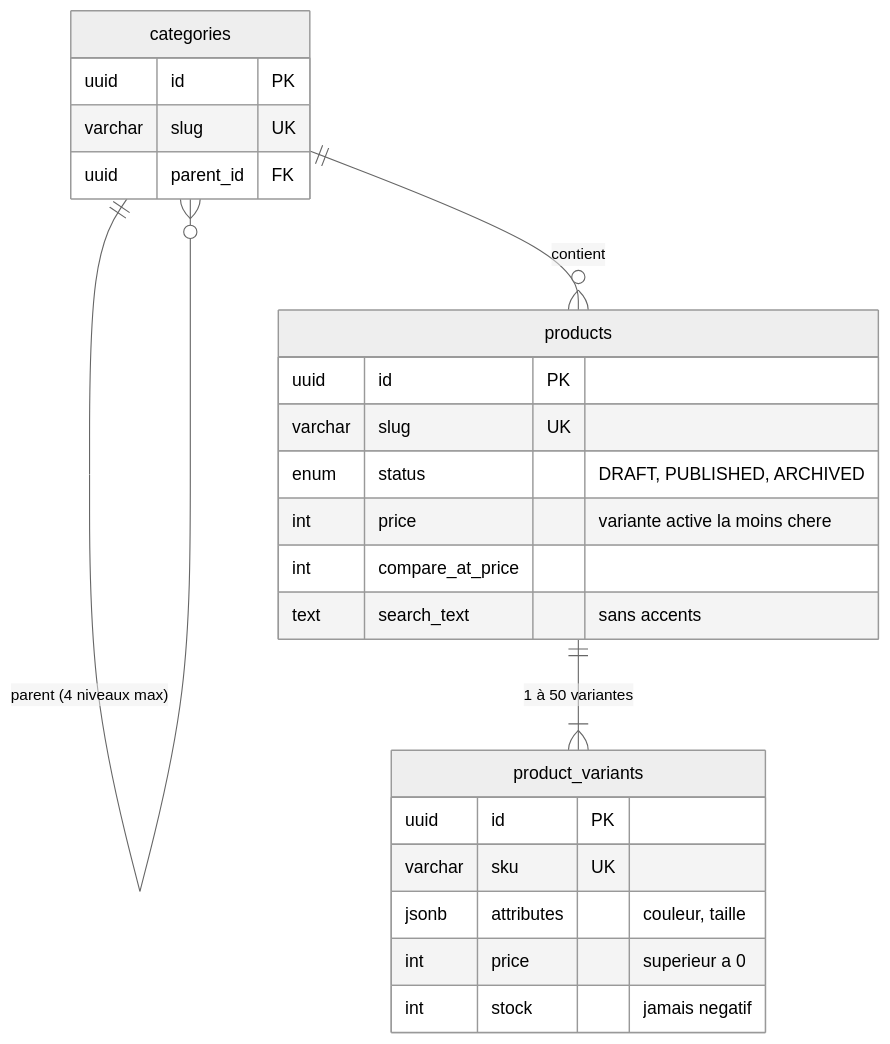
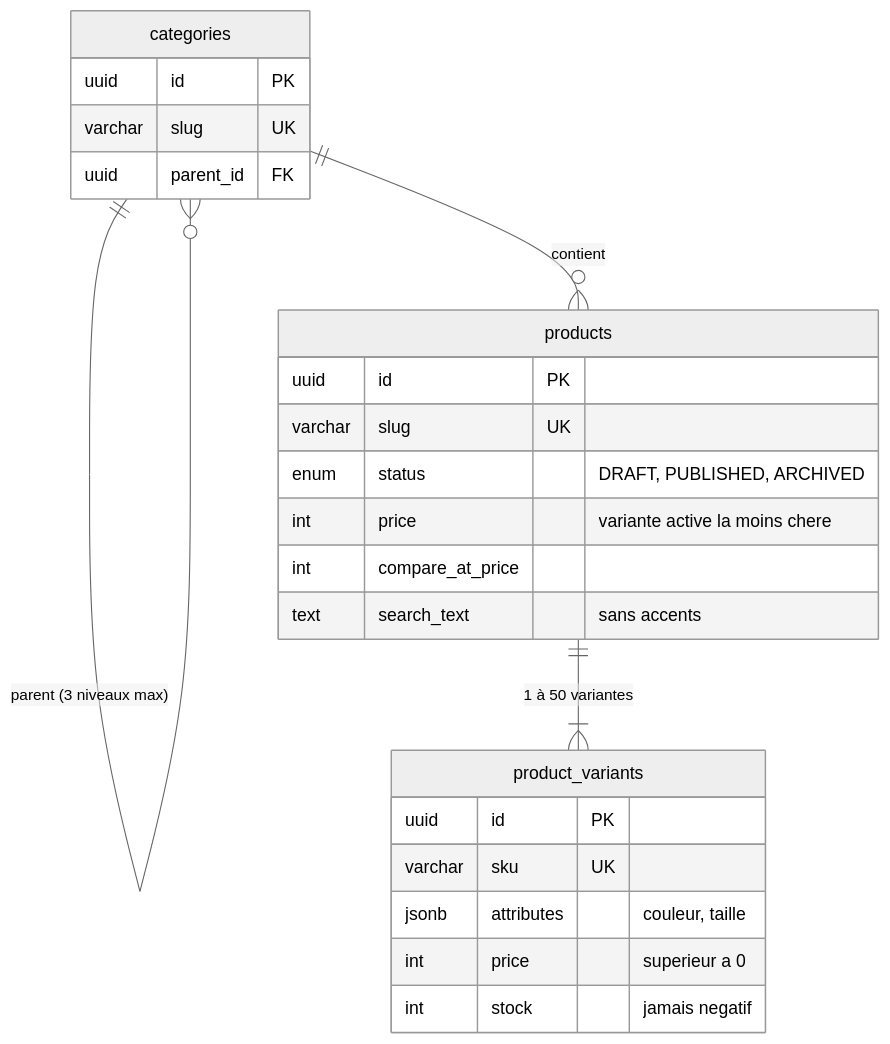
The sixth of 10 diagrams in docs/architecture/cahier-architecture.md (levy-kombila/kemdia), drawn with Mermaid (neutral theme) before and after one commit. The commit also changed other lines of this file and 10 other files, not shown here.

````diff
--- a/docs/architecture/cahier-architecture.md
+++ b/docs/architecture/cahier-architecture.md
@@ -278,26 +279,26 @@
 ```mermaid
 erDiagram
-    categories ||--o{ categories : "parent (4 niveaux max)"
+    categories ||--o{ categories : "parent (3 niveaux max)"
     categories ||--o{ products : contient
     products ||--|{ product_variants : "1 à 50 variantes"
     categories {
       uuid id PK
       varchar slug UK
       uuid parent_id FK
     }
     products {
       uuid id PK
       varchar slug UK
       enum status "DRAFT, PUBLISHED, ARCHIVED"
       int price "variante active la moins chere"
       int compare_at_price
       text search_text "sans accents"
     }
     product_variants {
       uuid id PK
       varchar sku UK
       jsonb attributes "couleur, taille"
       int price "superieur a 0"
       int stock "jamais negatif"
     }
 ```
````
